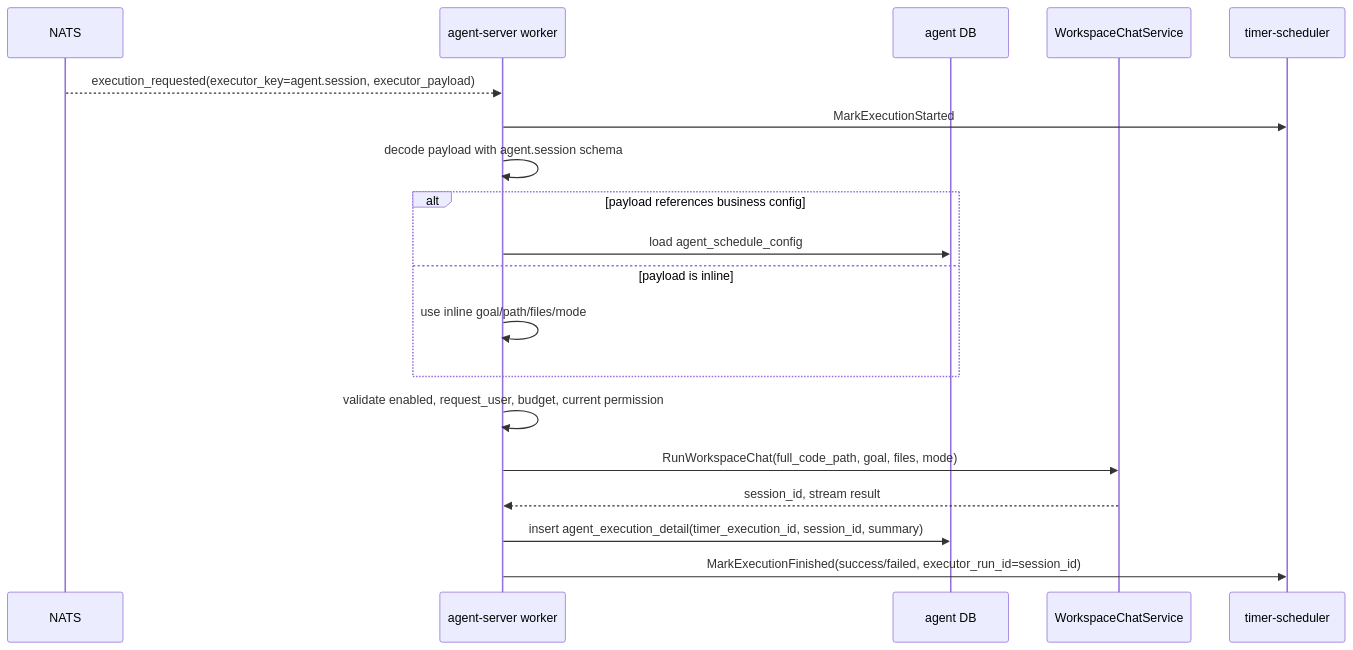
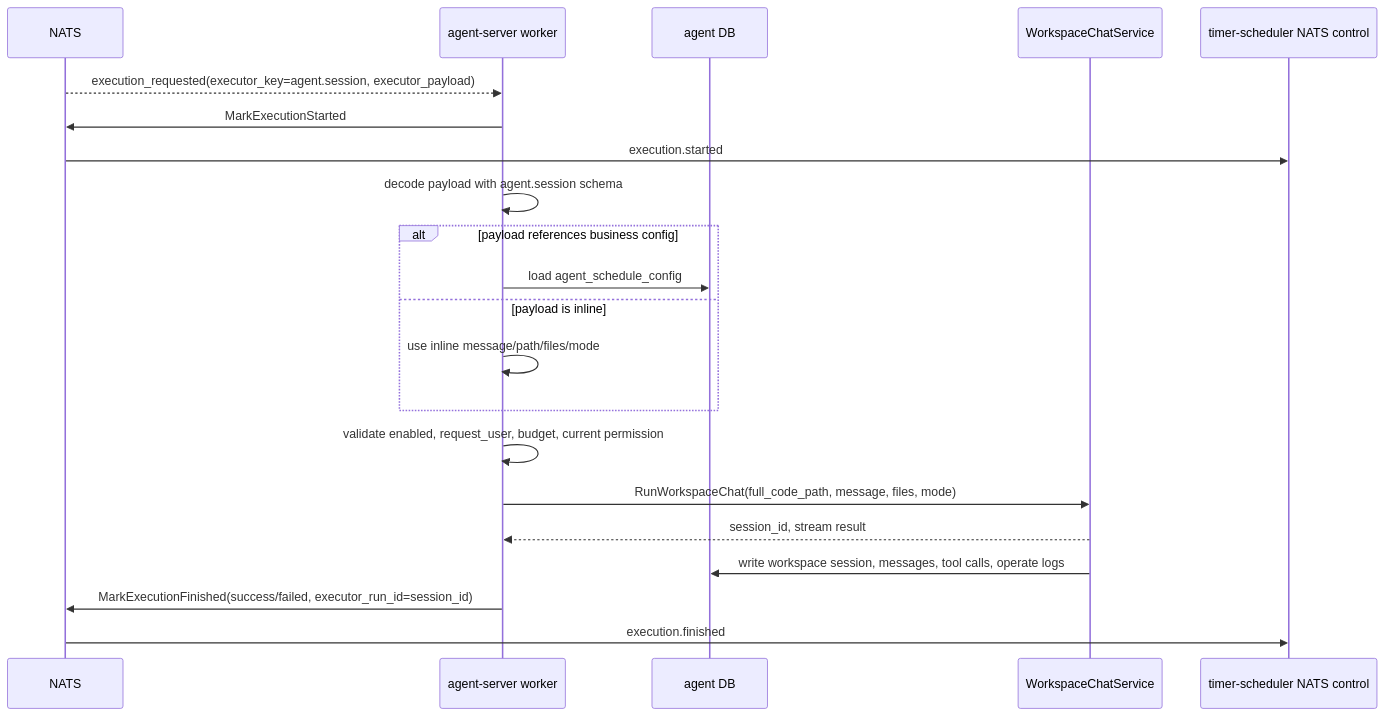
One commit to kageos/kageos changed the tenth of 19 diagrams in docs/scheduled-tasks-architecture-design.md. Above: the diagram before and after it, drawn with Mermaid. The commit also changed other lines of this file and 164 other files, not shown here.

````diff
--- a/docs/scheduled-tasks-architecture-design.md
+++ b/docs/scheduled-tasks-architecture-design.md
@@ -397,22 +440,24 @@
 ```mermaid
 sequenceDiagram
   participant NATS as NATS
   participant Worker as agent-server worker
   participant AgentDB as agent DB
   participant Workspace as WorkspaceChatService
-  participant Timer as timer-scheduler
+  participant TimerControl as timer-scheduler NATS control
 
   NATS-->>Worker: execution_requested(executor_key=agent.session, executor_payload)
-  Worker->>Timer: MarkExecutionStarted
+  Worker->>NATS: MarkExecutionStarted
+  NATS->>TimerControl: execution.started
   Worker->>Worker: decode payload with agent.session schema
   alt payload references business config
     Worker->>AgentDB: load agent_schedule_config
   else payload is inline
-    Worker->>Worker: use inline goal/path/files/mode
+    Worker->>Worker: use inline message/path/files/mode
   end
   Worker->>Worker: validate enabled, request_user, budget, current permission
-  Worker->>Workspace: RunWorkspaceChat(full_code_path, goal, files, mode)
+  Worker->>Workspace: RunWorkspaceChat(full_code_path, message, files, mode)
   Workspace-->>Worker: session_id, stream result
-  Worker->>AgentDB: insert agent_execution_detail(timer_execution_id, session_id, summary)
-  Worker->>Timer: MarkExecutionFinished(success/failed, executor_run_id=session_id)
+  Workspace->>AgentDB: write workspace session, messages, tool calls, operate logs
+  Worker->>NATS: MarkExecutionFinished(success/failed, executor_run_id=session_id)
+  NATS->>TimerControl: execution.finished
 ```
````
